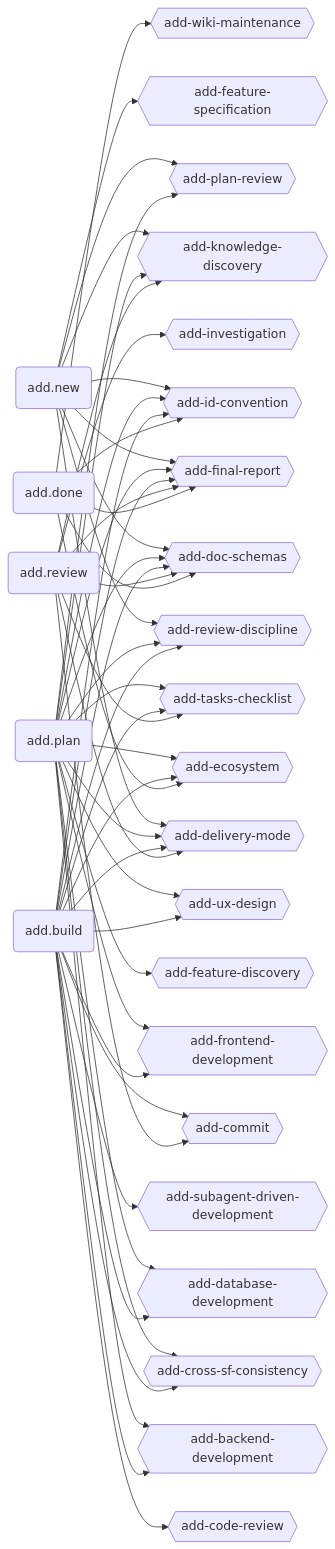
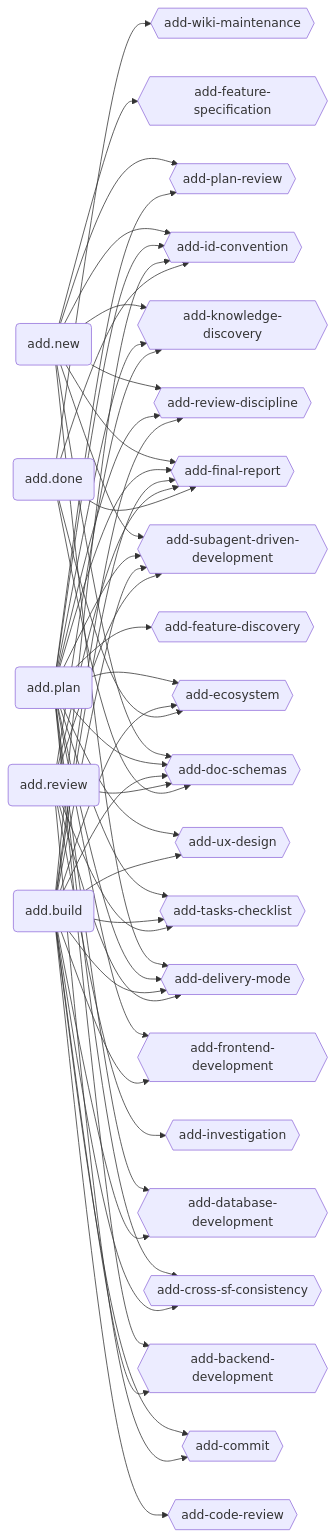
The first of 3 diagrams in ecosystem.md (brabos-ai/code-addiction), drawn with Mermaid before and after one commit. The commit also changed other lines of this file and 2 other files, not shown here.

````diff
--- a/ecosystem.md
+++ b/ecosystem.md
@@ -8,36 +8,36 @@
 ```mermaid
 graph LR
   NEW(add.new)
   PLAN(add.plan)
   BUILD(add.build)
   REVIEW(add.review)
   DONE(add.done)
 
   BADE{{add-backend-development}}
   CORE{{add-code-review}}
   CO{{add-commit}}
   CSC{{add-cross-sf-consistency}}
   DADE{{add-database-development}}
   DELMO{{add-delivery-mode}}
   DOSC{{add-doc-schemas}}
   EC{{add-ecosystem}}
   FEDI{{add-feature-discovery}}
   FESP{{add-feature-specification}}
   FINR{{add-final-report}}
   FRDE{{add-frontend-development}}
   IDCO{{add-id-convention}}
   IN{{add-investigation}}
   KNDI{{add-knowledge-discovery}}
   PRV{{add-plan-review}}
   RVDI{{add-review-discipline}}
   SDDA{{add-subagent-driven-development}}
   TACH{{add-tasks-checklist}}
   UXDE{{add-ux-design}}
   WIMA{{add-wiki-maintenance}}
 
-  NEW --> DELMO & DOSC & FESP & FINR & IDCO & KNDI & PRV & RVDI
-  PLAN --> BADE & CSC & DADE & DELMO & DOSC & EC & FEDI & FINR & FRDE & IDCO & KNDI & PRV & RVDI & TACH & UXDE
+  NEW --> DELMO & DOSC & FESP & FINR & IDCO & KNDI & PRV & RVDI & SDDA
+  PLAN --> BADE & CSC & DADE & DELMO & DOSC & EC & FEDI & FINR & FRDE & IDCO & KNDI & PRV & RVDI & SDDA & TACH & UXDE
   BUILD --> BADE & CORE & CO & CSC & DADE & DELMO & DOSC & EC & FINR & FRDE & IDCO & RVDI & SDDA & TACH & UXDE
-  REVIEW --> CO & DELMO & DOSC & FINR & IN & KNDI & TACH
+  REVIEW --> CO & DELMO & DOSC & FINR & IN & KNDI & SDDA & TACH
   DONE --> DOSC & EC & FINR & IDCO & WIMA
 ```
````
